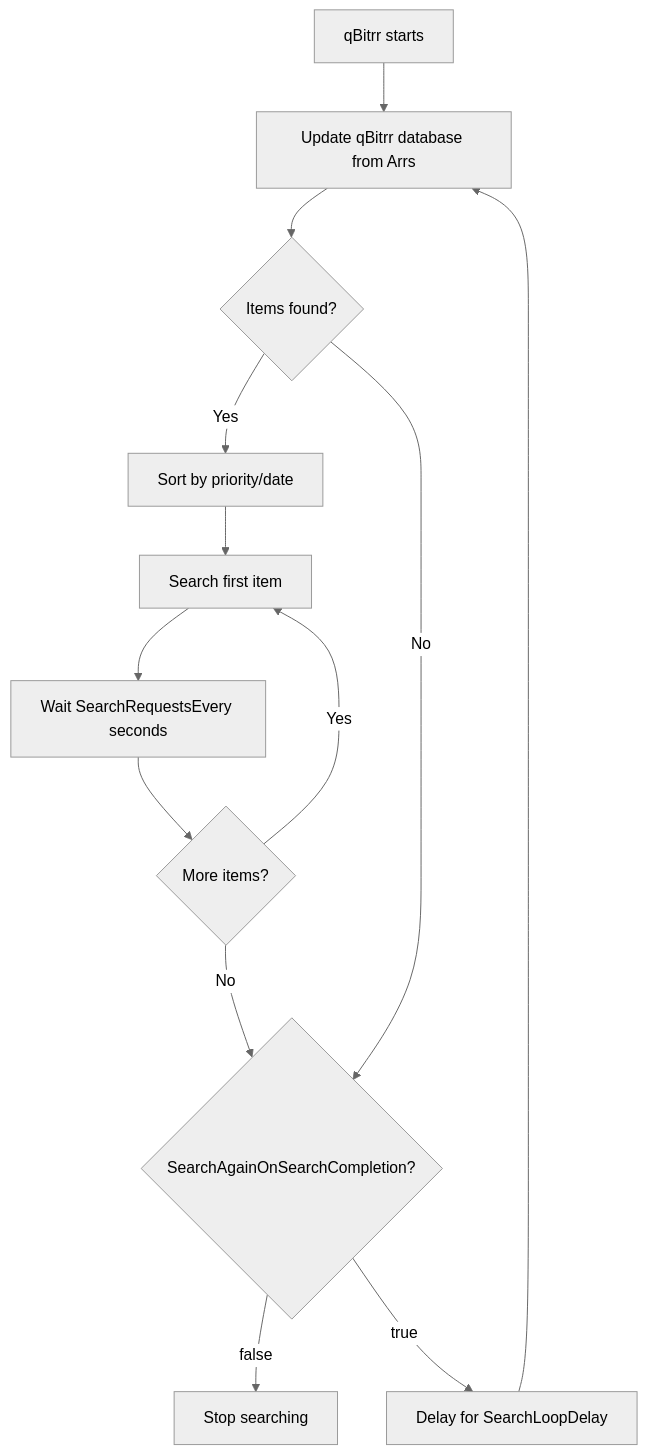
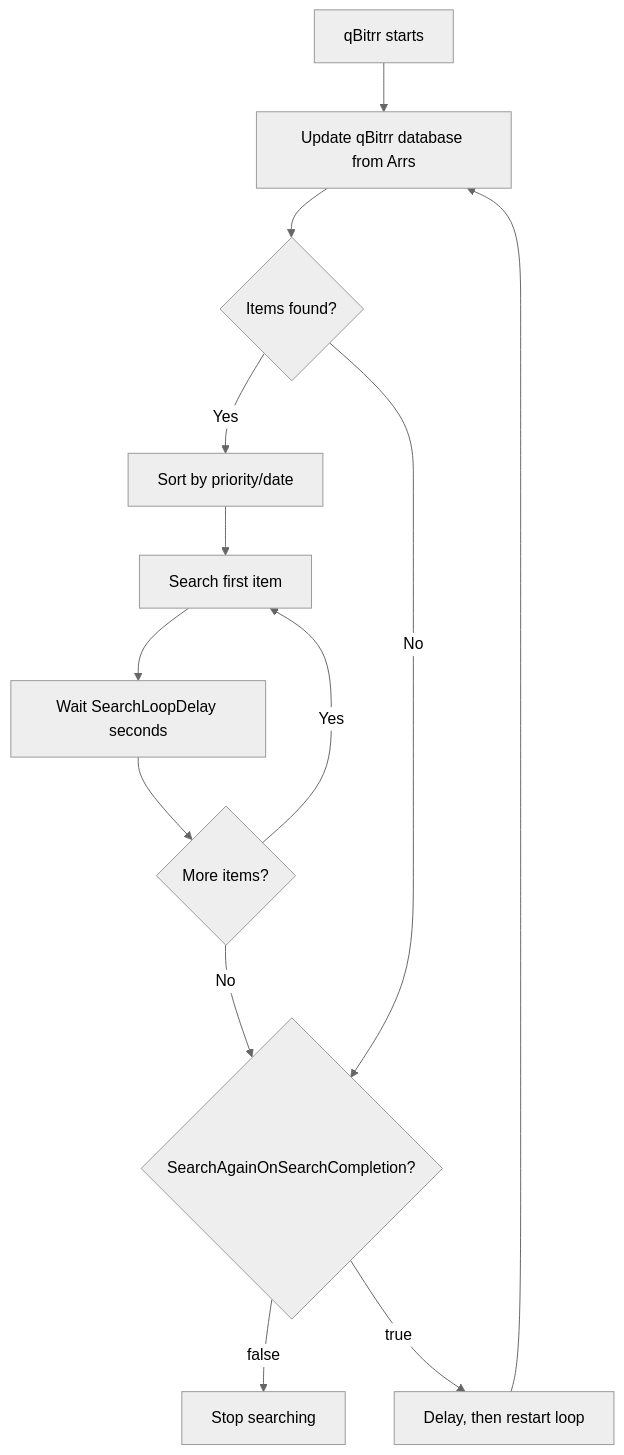
One commit to Feramance/qBitrr changed the first of 4 diagrams in docs/features/automated-search.md. Above: the diagram before and after it, drawn with Mermaid (neutral theme). The commit also changed other lines of this file and 5 other files, not shown here.

First line of the commit message:
fix: enable request search and fix SearchRequestsEvery/SearchLoopDelay behavior

````diff
--- a/docs/features/automated-search.md
+++ b/docs/features/automated-search.md
@@ -30,15 +30,15 @@
 ```mermaid
 graph TD
     A[qBitrr starts] --> B[Update qBitrr database from Arrs]
     B --> C{Items found?}
     C -->|Yes| D[Sort by priority/date]
     D --> E[Search first item]
-    E --> F[Wait SearchRequestsEvery seconds]
+    E --> F[Wait SearchLoopDelay seconds]
     F --> G{More items?}
     G -->|Yes| E
     G -->|No| H{SearchAgainOnSearchCompletion?}
     H -->|false| I[Stop searching]
-    H -->|true| J[Delay for SearchLoopDelay]
+    H -->|true| J[Delay, then restart loop]
     J --> B
     C -->|No| H
 ```
````
